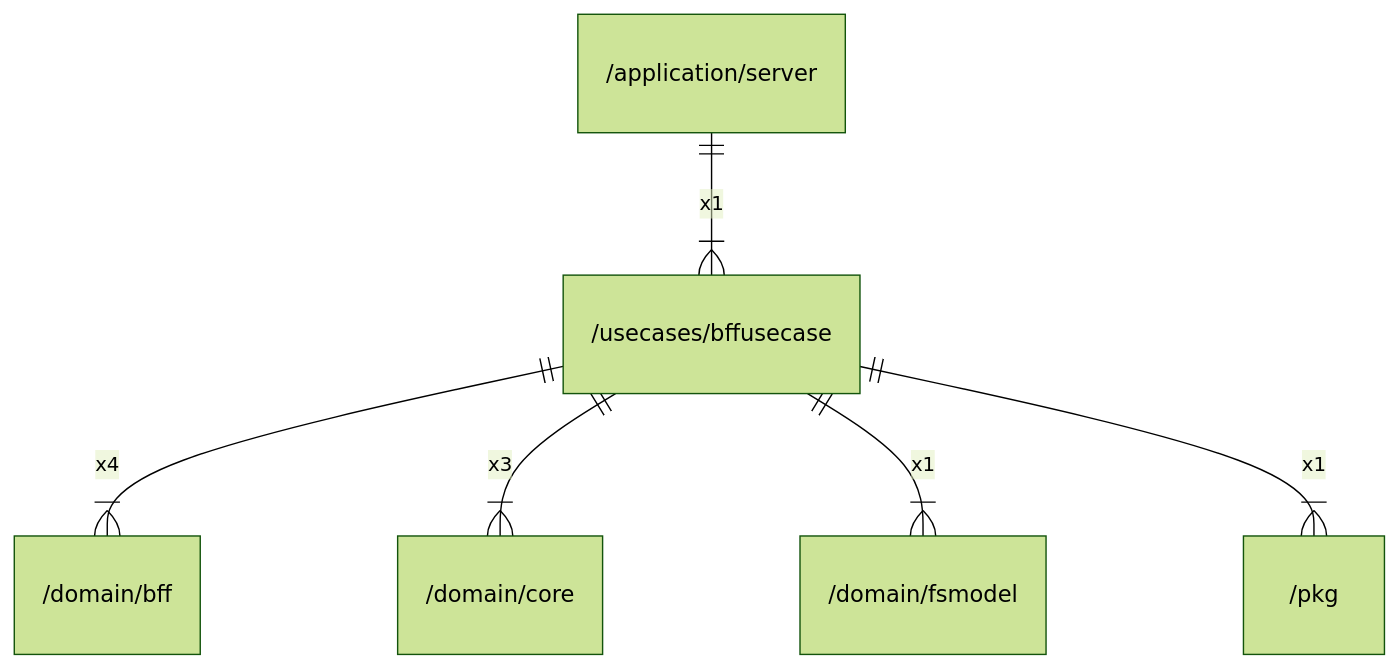
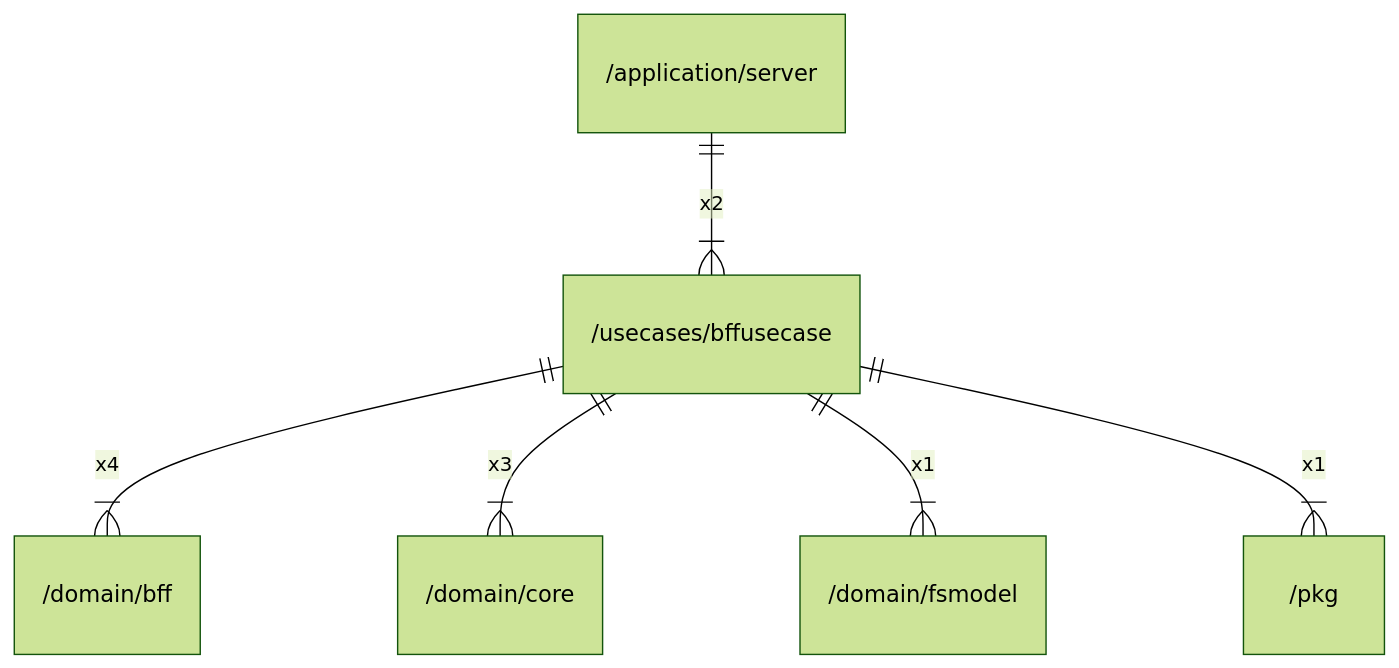
The diagram in docs/arch/usecases/bffusecase.md (gbh007/hgraber-next), drawn with Mermaid (forest theme) before and after one commit. The commit also changed 52 other files, not shown here.

````diff
--- a/docs/arch/usecases/bffusecase.md
+++ b/docs/arch/usecases/bffusecase.md
@@ -26,8 +26,8 @@
 ```mermaid
 erDiagram
-    "/application/server" ||--|{ "/usecases/bffusecase" : x1
+    "/application/server" ||--|{ "/usecases/bffusecase" : x2
     "/usecases/bffusecase" ||--|{ "/domain/bff" : x4
     "/usecases/bffusecase" ||--|{ "/domain/core" : x3
     "/usecases/bffusecase" ||--|{ "/domain/fsmodel" : x1
     "/usecases/bffusecase" ||--|{ "/pkg" : x1
 ```
````
